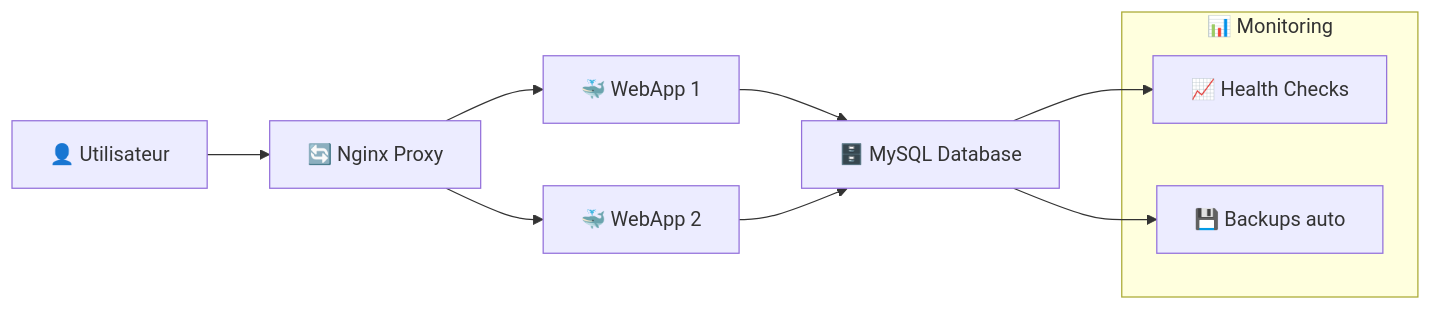
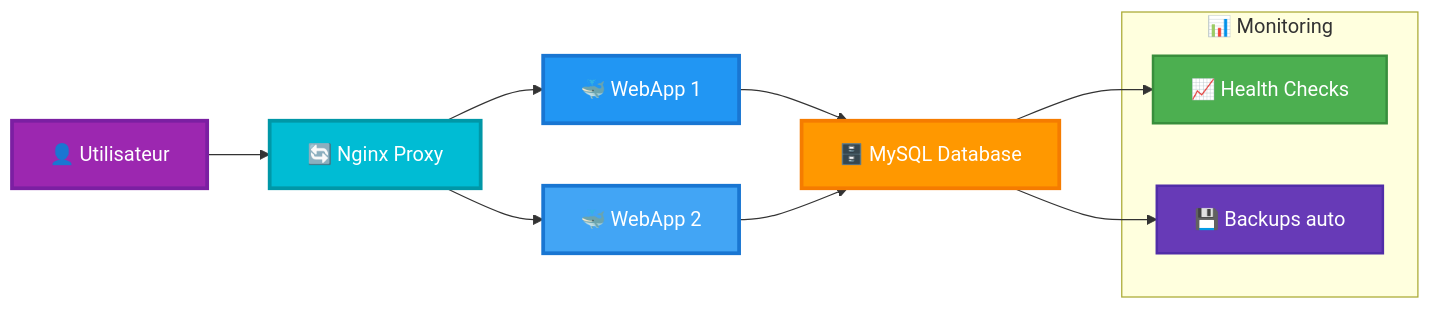
One commit to JSurquin/ansible changed the second of 2 diagrams in pages/14-exercices-ansible.md. Above: the diagram before and after it, drawn with Mermaid. The commit also changed other lines of this file, not shown here.

Commit message:
update mermaid js color schema

````diff
--- a/pages/14-exercices-ansible.md
+++ b/pages/14-exercices-ansible.md
@@ -762,16 +770,24 @@
 ```mermaid
 flowchart LR
     U[👤 Utilisateur] --> N[🔄 Nginx Proxy]
     N --> A1[🐳 WebApp 1]
     N --> A2[🐳 WebApp 2]
     A1 --> D[🗄️ MySQL Database]
     A2 --> D
     
     subgraph "📊 Monitoring"
         M[📈 Health Checks]
         B[💾 Backups auto]
     end
     
     D --> M
     D --> B
+
+    style U fill:#9c27b0,stroke:#7b1fa2,stroke-width:3px,color:#fff
+    style N fill:#00bcd4,stroke:#0097a7,stroke-width:3px,color:#fff
+    style A1 fill:#2196f3,stroke:#1976d2,stroke-width:3px,color:#fff
+    style A2 fill:#42a5f5,stroke:#1976d2,stroke-width:3px,color:#fff
+    style D fill:#ff9800,stroke:#f57c00,stroke-width:3px,color:#fff
+    style M fill:#4caf50,stroke:#388e3c,stroke-width:2px,color:#fff
+    style B fill:#673ab7,stroke:#512da8,stroke-width:2px,color:#fff
 ```
````
